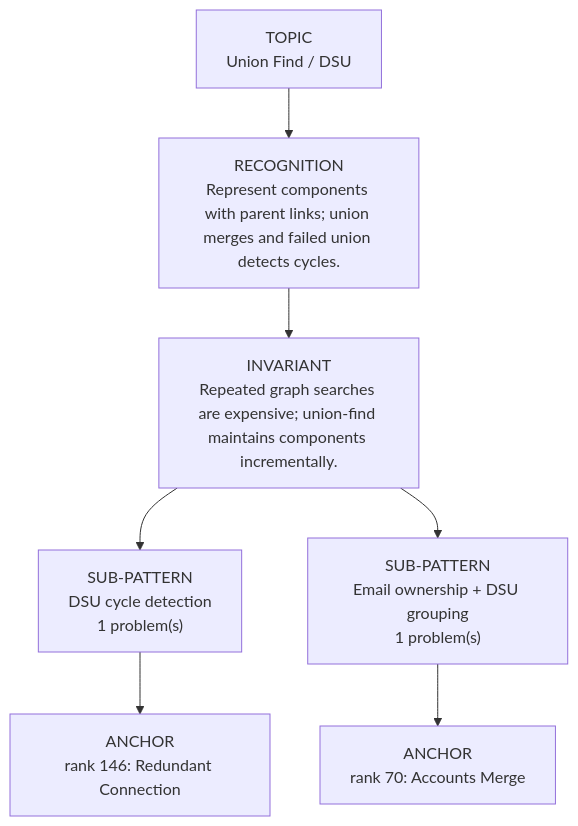
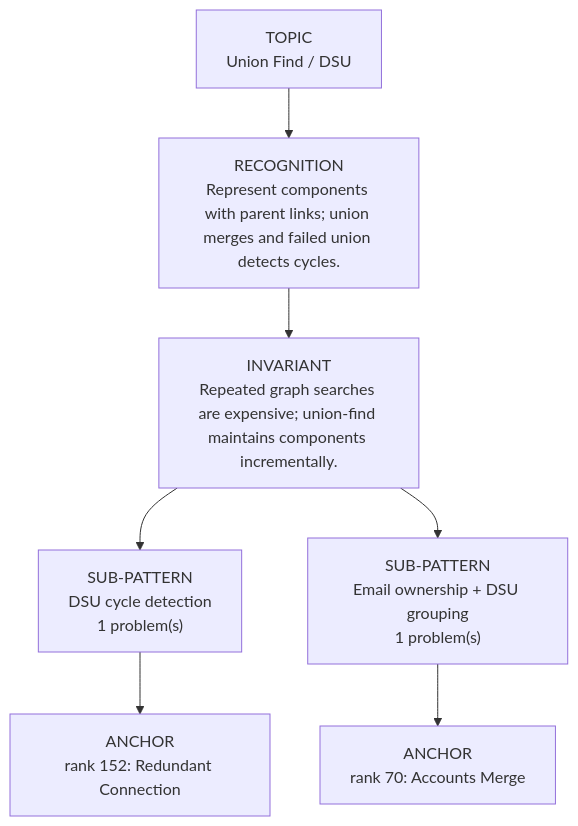
Before and after one commit to thechiranjeevjain/DSA10days: the diagram in dsa-review/interview/patterns/18_union_find.md, drawn with Mermaid. The commit also changed other lines of this file and 61 other files, not shown here.

````diff
--- a/dsa-review/interview/patterns/18_union_find.md
+++ b/dsa-review/interview/patterns/18_union_find.md
@@ -15,11 +15,11 @@
 ```mermaid
 flowchart TD
   Topic["TOPIC<br/>Union Find / DSU"]
   Recognition["RECOGNITION<br/>Represent components with parent links; union merges and failed union detects cycles."]
   Invariant["INVARIANT<br/>Repeated graph searches are expensive; union-find maintains components incrementally."]
   Topic --> Recognition --> Invariant
   Invariant --> Sub01["SUB-PATTERN<br/>DSU cycle detection<br/>1 problem(s)"]
-  Sub01 --> Sub01A01["ANCHOR<br/>rank 146: Redundant Connection"]
+  Sub01 --> Sub01A01["ANCHOR<br/>rank 152: Redundant Connection"]
   Invariant --> Sub02["SUB-PATTERN<br/>Email ownership + DSU grouping<br/>1 problem(s)"]
   Sub02 --> Sub02A01["ANCHOR<br/>rank 70: Accounts Merge"]
 ```
````
